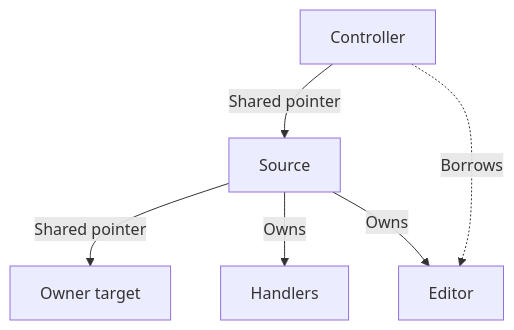
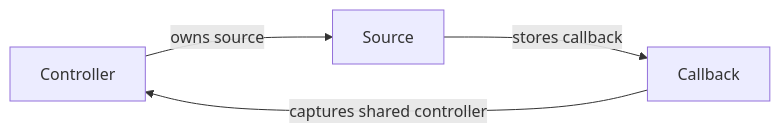
One commit to erbsland-dev/erbsland-core changed the diagram in doc/topics/event/callback_lifetimes.rst. Above: the diagram before and after it, drawn with Mermaid. The commit also changed other lines of this file and 613 other files, not shown here.

```diff
--- a/doc/topics/event/callback_lifetimes.rst
+++ b/doc/topics/event/callback_lifetimes.rst
@@ -33,8 +566,6 @@
 .. mermaid::
 
-    flowchart TD
-        C["Controller"] -->|Shared pointer| S["Source"]
-        S -->|Shared pointer| T["Owner target"]
-        S -->|Owns| H["Handlers"]
-        S -->|Owns| E["Editor"]
-        C -.->|Borrows| E
+    flowchart LR
+        C["Controller"] -->|"owns source"| S["Source"]
+        S -->|"stores callback"| H["Callback"]
+        H -->|"captures shared controller"| C
```
